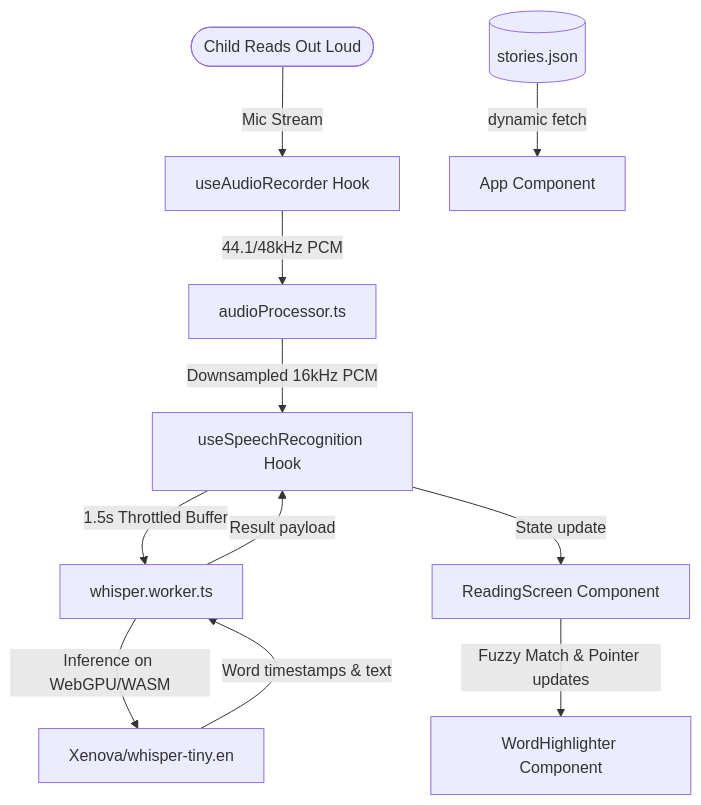
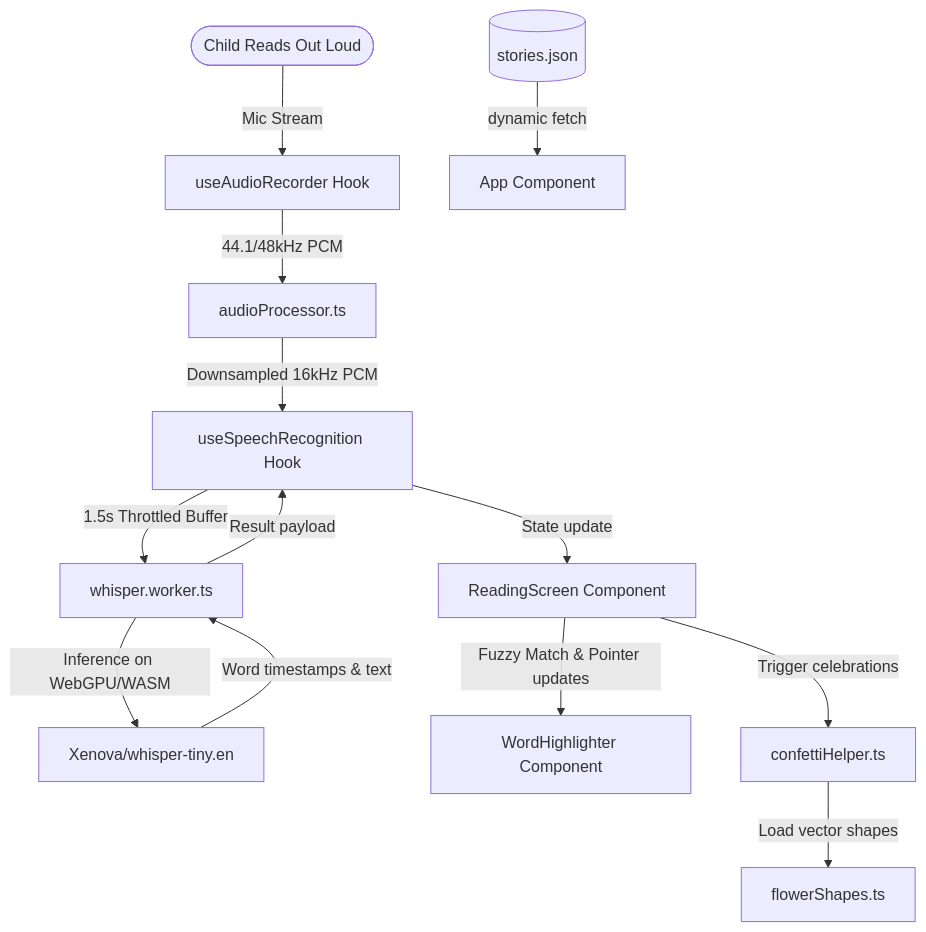
One commit to gyandeeps/lumina-read changed the diagram in GEMINI.md. Above: the diagram before and after it, drawn with Mermaid. The commit also changed other lines of this file and 14 other files, not shown here.

Commit message:
Implement child-reading PWA enhancements: auto-mic restart on sentence navigation, high-fidelity custom flower confetti, progress store integration, and Welcome Back modal layout positioning fix

````diff
--- a/GEMINI.md
+++ b/GEMINI.md
@@ -21,13 +21,15 @@
 ```mermaid
 graph TD
     User([Child Reads Out Loud]) -->|Mic Stream| Recorder[useAudioRecorder Hook]
     Recorder -->|44.1/48kHz PCM| Processor[audioProcessor.ts]
     Processor -->|Downsampled 16kHz PCM| SpeechHook[useSpeechRecognition Hook]
     SpeechHook -->|1.5s Throttled Buffer| Worker[whisper.worker.ts]
     Worker -->|Inference on WebGPU/WASM| Model[Xenova/whisper-tiny.en]
     Model -->|Word timestamps & text| Worker
     Worker -->|Result payload| SpeechHook
     SpeechHook -->|State update| Screen[ReadingScreen Component]
     Screen -->|Fuzzy Match & Pointer updates| Highlighter[WordHighlighter Component]
+    Screen -->|Trigger celebrations| Confetti[confettiHelper.ts]
+    Confetti -->|Load vector shapes| Flowers[flowerShapes.ts]
     stories[(stories.json)] -->|dynamic fetch| App[App Component]
 ```
````
